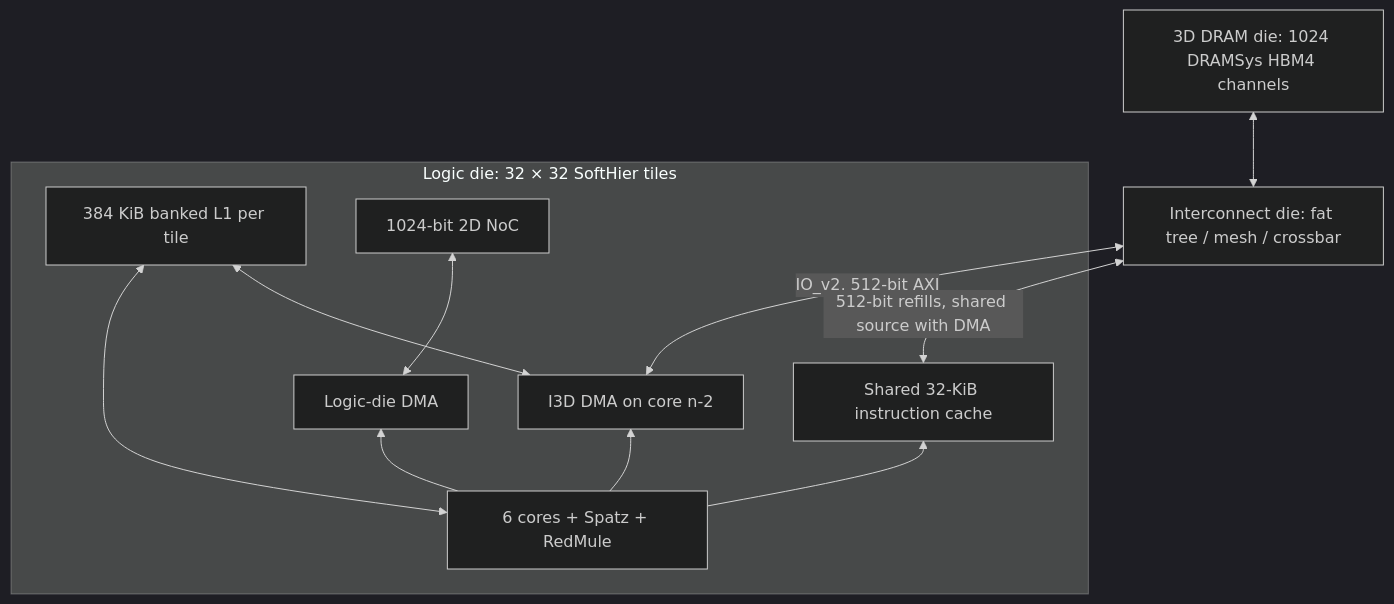
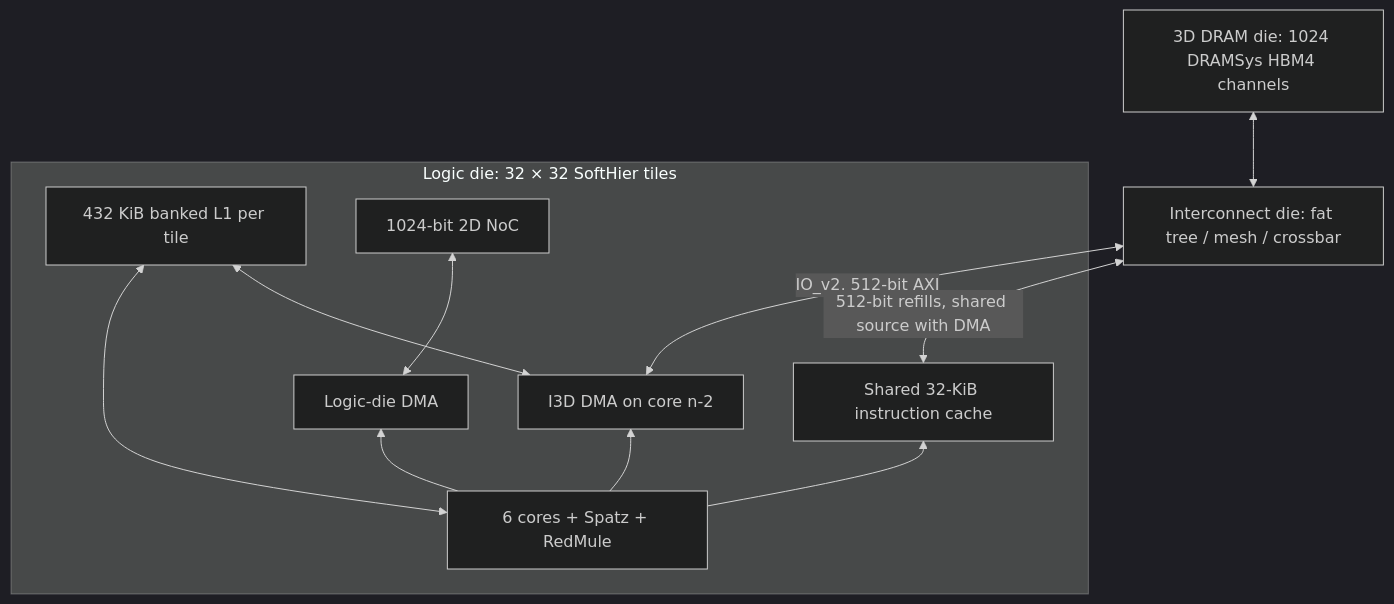
One commit to husterZC/gvsoc-pulp changed the diagram in pulp/chips/arche3d/README.md. Above: the diagram before and after it, drawn with Mermaid (dark theme). The commit also changed other lines of this file and 5 other files, not shown here.

````diff
--- a/pulp/chips/arche3d/README.md
+++ b/pulp/chips/arche3d/README.md
@@ -17,14 +17,14 @@
 ```mermaid
 flowchart BT
   subgraph Logic[Logic die: 32 × 32 SoftHier tiles]
-    PE[6 cores + Spatz + RedMule] <--> L1[384 KiB banked L1 per tile]
+    PE[6 cores + Spatz + RedMule] <--> L1[432 KiB banked L1 per tile]
     PE --> IC[Shared 32-KiB instruction cache]
     PE --> DMA2[Logic-die DMA]
     DMA2 <--> Mesh[1024-bit 2D NoC]
     PE --> DMA3[I3D DMA on core n-2]
     DMA3 <--> L1
   end
   DMA3 <-->|IO_v2, 512-bit AXI| I3D[Interconnect die: fat tree / mesh / crossbar]
   IC <-->|512-bit refills, shared source with DMA| I3D
   I3D <--> DRAM[3D DRAM die: 1024 DRAMSys HBM4 channels]
 ```
````
